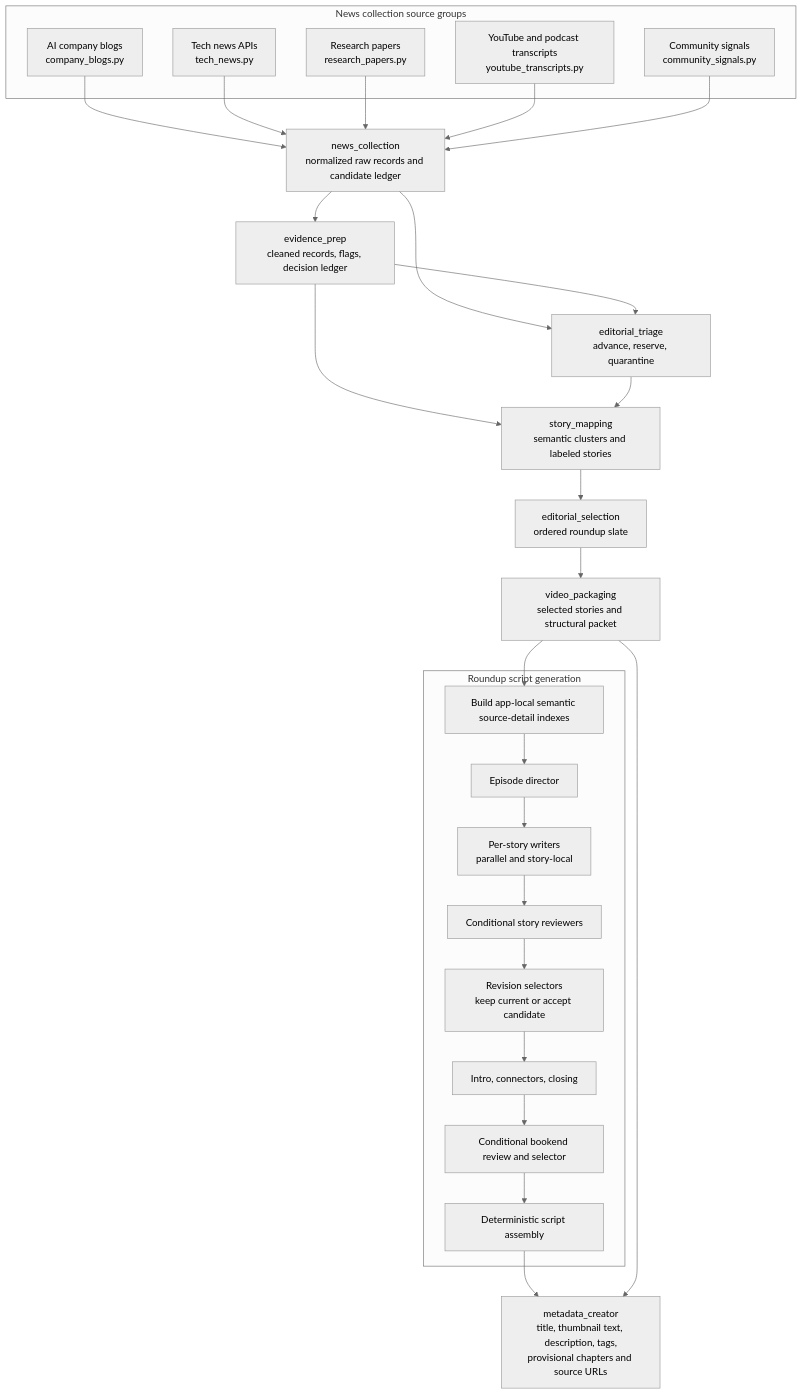
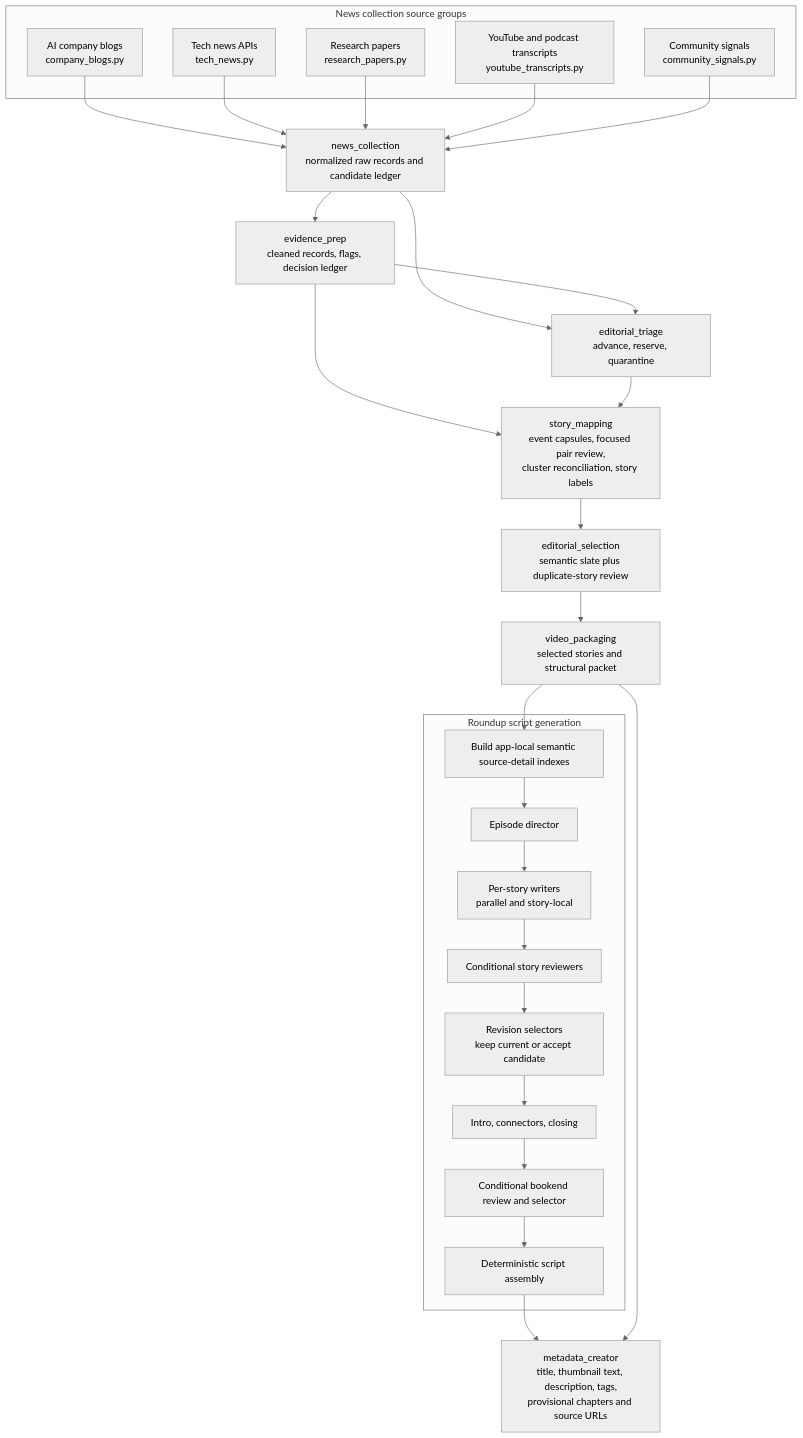
The third of 7 diagrams in docs/current_system_architecture.md (Eswar021/ai-news-pipeline), drawn with Mermaid (neutral theme) before and after one commit. The commit also changed other lines of this file and 25 other files, not shown here.

Commit message:
harden semantic story grouping and roundup selection

````diff
--- a/docs/current_system_architecture.md
+++ b/docs/current_system_architecture.md
@@ -180,45 +180,45 @@
 ```mermaid
 flowchart TD
     subgraph collectors[News collection source groups]
         blogs[AI company blogs<br/>company_blogs.py]
         news[Tech news APIs<br/>tech_news.py]
         papers[Research papers<br/>research_papers.py]
         youtube[YouTube and podcast transcripts<br/>youtube_transcripts.py]
         community[Community signals<br/>community_signals.py]
     end
 
     collection[news_collection<br/>normalized raw records and candidate ledger]
     evidence[evidence_prep<br/>cleaned records, flags, decision ledger]
     triage[editorial_triage<br/>advance, reserve, quarantine]
-    mapping[story_mapping<br/>semantic clusters and labeled stories]
-    selection[editorial_selection<br/>ordered roundup slate]
+    mapping[story_mapping<br/>event capsules, focused pair review,<br/>cluster reconciliation, story labels]
+    selection[editorial_selection<br/>semantic slate plus duplicate-story review]
     packaging[video_packaging<br/>selected stories and structural packet]
 
     subgraph writing[Roundup script generation]
         truth[Build app-local semantic source-detail indexes]
         director[Episode director]
         writers[Per-story writers<br/>parallel and story-local]
         review[Conditional story reviewers]
         choose[Revision selectors<br/>keep current or accept candidate]
         bookends[Intro, connectors, closing]
         bookendReview[Conditional bookend review and selector]
         assembly[Deterministic script assembly]
         truth --> director --> writers --> review --> choose --> bookends --> bookendReview --> assembly
     end
 
     metadata[metadata_creator<br/>title, thumbnail text, description, tags,<br/>provisional chapters and source URLs]
 
     blogs --> collection
     news --> collection
     papers --> collection
     youtube --> collection
     community --> collection
     collection --> evidence
     collection --> triage
     evidence --> triage
     evidence --> mapping
     triage --> mapping
     mapping --> selection --> packaging --> truth
     assembly --> metadata
     packaging --> metadata
 ```
````
